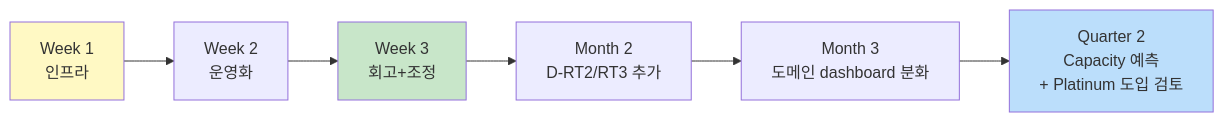
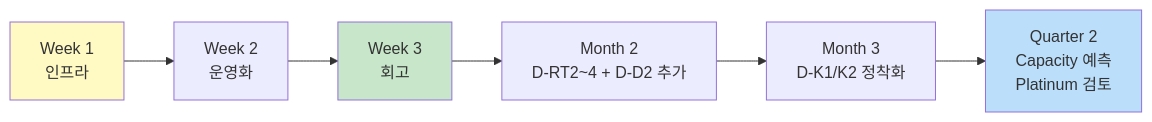
One commit to corollazer0/elk-learning changed the tenth of 10 diagrams in docs/09-monitoring-strategy.md. Above: the diagram before and after it, drawn with Mermaid. The commit also changed other lines of this file, not shown here.

First line of the commit message:
docs(09): 실 필드 기반 전면 재작성 — 52 메트릭 / 10 dashboard / 18 alert

````diff
--- a/docs/09-monitoring-strategy.md
+++ b/docs/09-monitoring-strategy.md
@@ -2172,15 +1372,15 @@
 ```mermaid
 flowchart LR
     W1[Week 1<br/>인프라]
     W2[Week 2<br/>운영화]
-    W3[Week 3<br/>회고+조정]
-    M2[Month 2<br/>D-RT2/RT3 추가]
-    M3[Month 3<br/>도메인 dashboard 분화]
-    Q2[Quarter 2<br/>Capacity 예측<br/>+ Platinum 도입 검토]
+    W3[Week 3<br/>회고]
+    M2[Month 2<br/>D-RT2~4 + D-D2 추가]
+    M3[Month 3<br/>D-K1/K2 정착화]
+    Q2[Quarter 2<br/>Capacity 예측<br/>Platinum 검토]
 
     W1 --> W2 --> W3 --> M2 --> M3 --> Q2
 
     style W1 fill:#fff9c4
     style W3 fill:#c8e6c9
     style Q2 fill:#bbdefb
 ```
````
